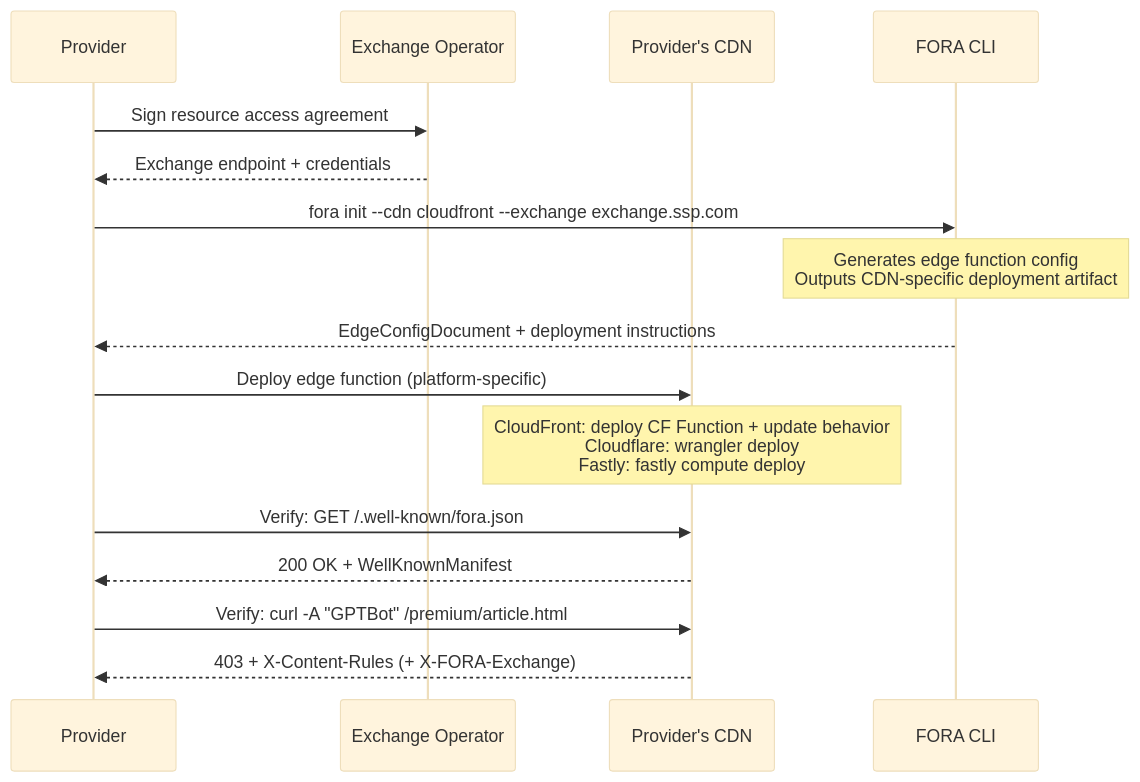
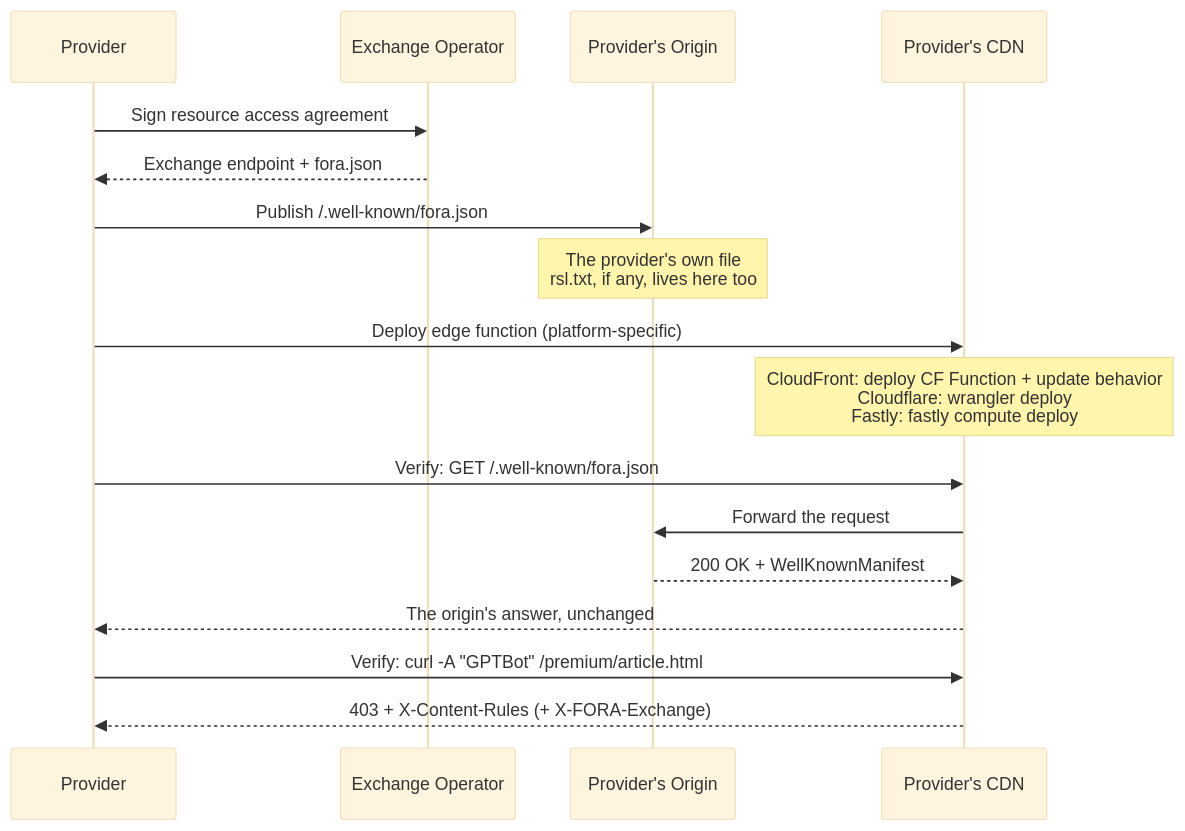
One commit to FORA-Protocol/protocol changed the first of 2 diagrams in website/src/content/docs/components/edge-function/deployment.mdx. Above: the diagram before and after it, drawn with Mermaid (base theme). The commit also changed other lines of this file and 3 other files, not shown here.

First line of the commit message:
Say the edge passes a provider's fora.json and rsl.txt through to its origin

````diff
--- a/website/src/content/docs/components/edge-function/deployment.mdx
+++ b/website/src/content/docs/components/edge-function/deployment.mdx
@@ -10,24 +10,24 @@
 ```mermaid
 sequenceDiagram
     participant Provider as Provider
     participant MO as Exchange Operator
+    participant Origin as Provider's Origin
     participant CDN as Provider's CDN
-    participant FORA as FORA CLI
 
     Provider->>MO: Sign resource access agreement
-    MO-->>Provider: Exchange endpoint + credentials
+    MO-->>Provider: Exchange endpoint + fora.json
 
-    Provider->>FORA: fora init --cdn cloudfront --exchange exchange.ssp.com
-    Note over FORA: Generates edge function config<br/>Outputs CDN-specific deployment artifact
-
-    FORA-->>Provider: EdgeConfigDocument + deployment instructions
+    Provider->>Origin: Publish /.well-known/fora.json
+    Note over Origin: The provider's own file<br/>rsl.txt, if any, lives here too
 
     Provider->>CDN: Deploy edge function (platform-specific)
     Note over CDN: CloudFront: deploy CF Function + update behavior<br/>Cloudflare: wrangler deploy<br/>Fastly: fastly compute deploy
 
     Provider->>CDN: Verify: GET /.well-known/fora.json
-    CDN-->>Provider: 200 OK + WellKnownManifest
+    CDN->>Origin: Forward the request
+    Origin-->>CDN: 200 OK + WellKnownManifest
+    CDN-->>Provider: The origin's answer, unchanged
 
     Provider->>CDN: Verify: curl -A "GPTBot" /premium/article.html
     CDN-->>Provider: 403 + X-Content-Rules (+ X-FORA-Exchange)
 ```
````
